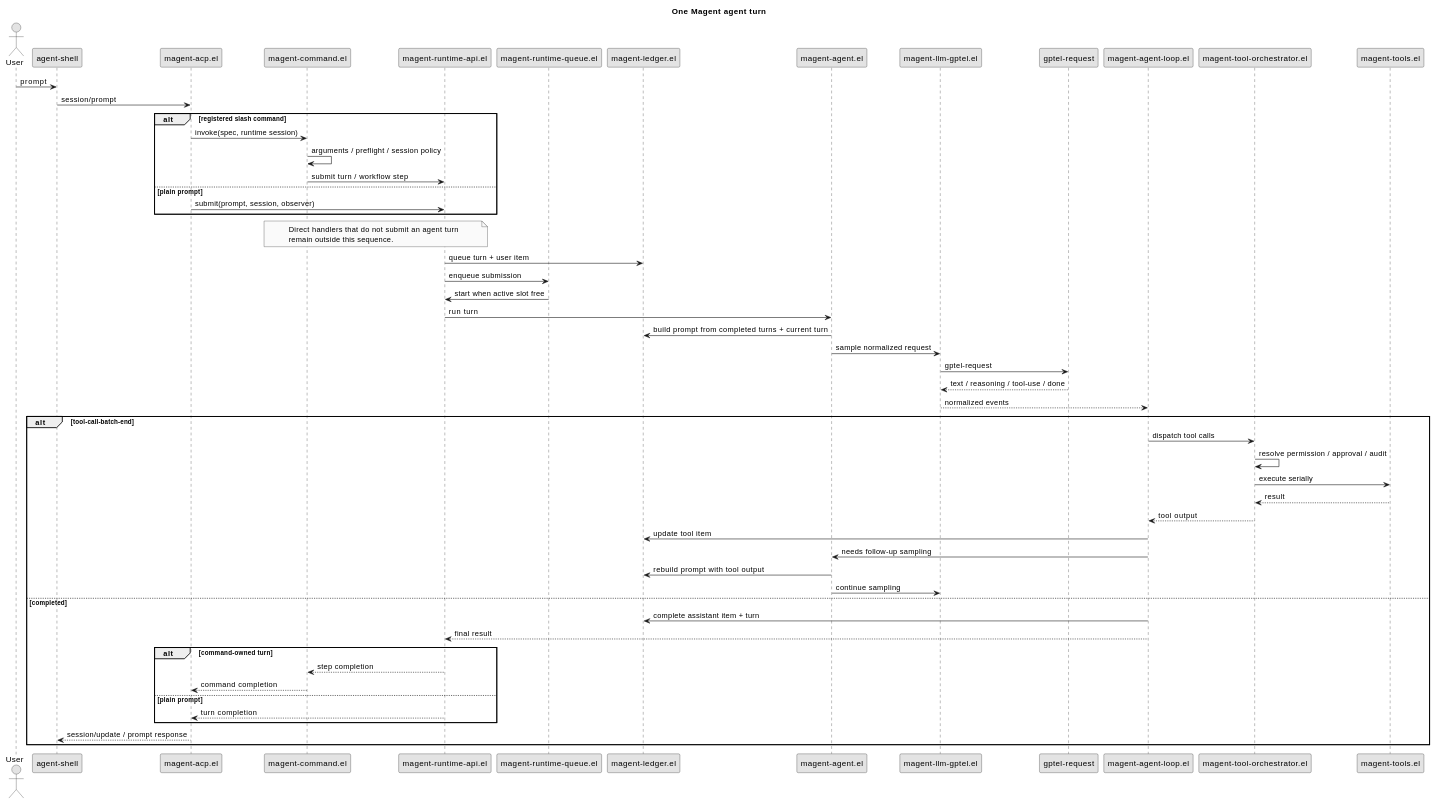
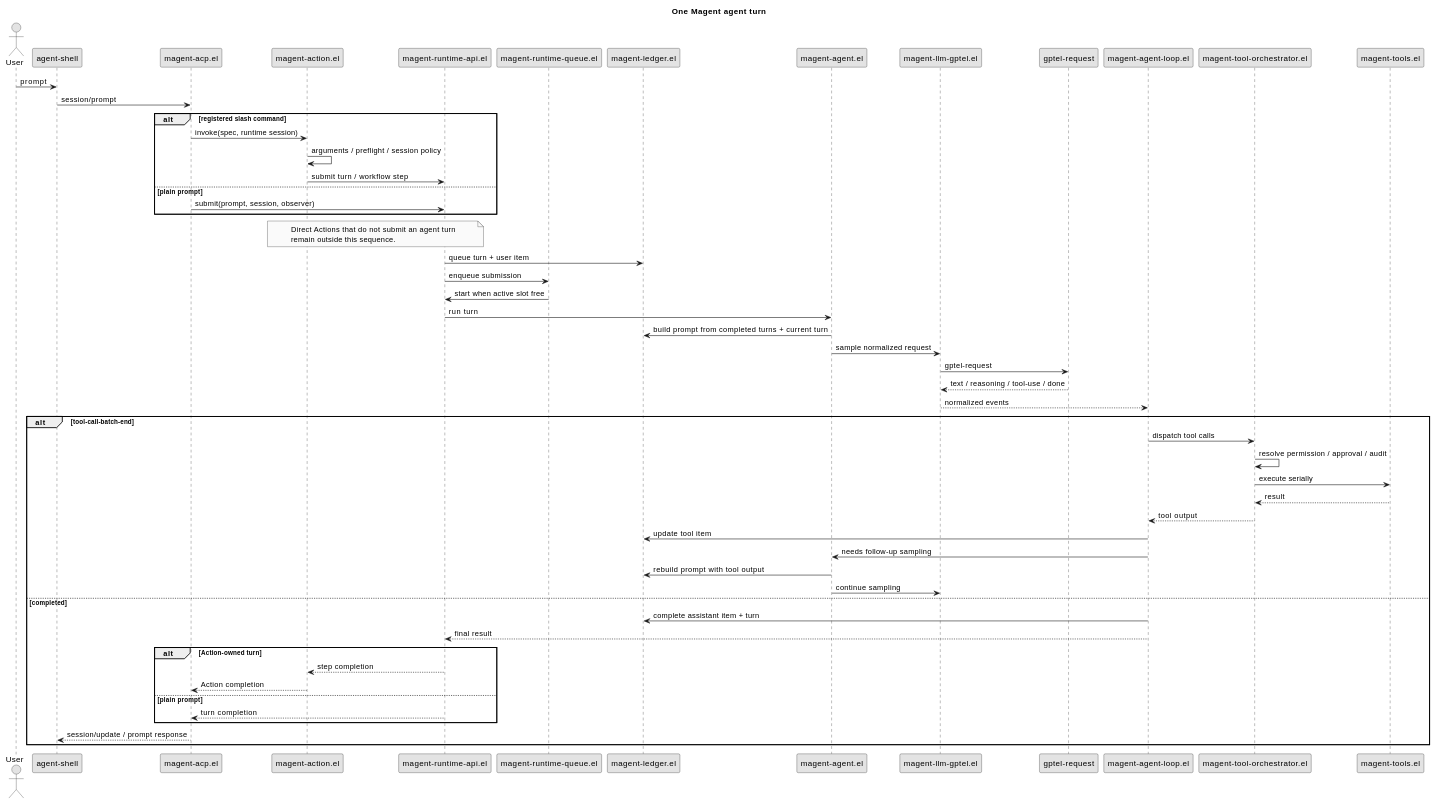
Before and after one commit to Jamie-Cui/magent: the second of 3 diagrams in docs/_diagrams/magent-architecture.org, drawn with PlantUML. The commit also changed other lines of this file and 85 other files, not shown here.

```diff
--- a/docs/_diagrams/magent-architecture.org
+++ b/docs/_diagrams/magent-architecture.org
@@ -69,66 +69,66 @@
 #+begin_src plantuml :file ../assets/img/diagrams/one-magent-turn.svg :exports results :results file
 @startuml
 title One Magent agent turn
 skinparam monochrome true
 skinparam shadowing false
 
 actor User
 participant "agent-shell" as UI
 participant "magent-acp.el" as ACP
-participant "magent-command.el" as Command
+participant "magent-action.el" as Action
 participant "magent-runtime-api.el" as Runtime
 participant "magent-runtime-queue.el" as Queue
 participant "magent-ledger.el" as Ledger
 participant "magent-agent.el" as Agent
 participant "magent-llm-gptel.el" as Adapter
 participant "gptel-request" as Gptel
 participant "magent-agent-loop.el" as Loop
 participant "magent-tool-orchestrator.el" as Orchestrator
 participant "magent-tools.el" as Tools
 
 User -> UI : prompt
 UI -> ACP : session/prompt
 alt registered slash command
-  ACP -> Command : invoke(spec, runtime session)
-  Command -> Command : arguments / preflight / session policy
-  Command -> Runtime : submit turn / workflow step
+  ACP -> Action : invoke(spec, runtime session)
+  Action -> Action : arguments / preflight / session policy
+  Action -> Runtime : submit turn / workflow step
 else plain prompt
   ACP -> Runtime : submit(prompt, session, observer)
 end
-note over Command,Runtime
-  Direct handlers that do not submit an agent turn
+note over Action,Runtime
+  Direct Actions that do not submit an agent turn
   remain outside this sequence.
 end note
 Runtime -> Ledger : queue turn + user item
 Runtime -> Queue : enqueue submission
 Queue -> Runtime : start when active slot free
 Runtime -> Agent : run turn
 Agent -> Ledger : build prompt from completed turns + current turn
 Agent -> Adapter : sample normalized request
 Adapter -> Gptel : gptel-request
 Gptel --> Adapter : text / reasoning / tool-use / done
 Adapter --> Loop : normalized events
 
 alt tool-call-batch-end
   Loop -> Orchestrator : dispatch tool calls
   Orchestrator -> Orchestrator : resolve permission / approval / audit
   Orchestrator -> Tools : execute serially
   Tools --> Orchestrator : result
   Orchestrator --> Loop : tool output
   Loop -> Ledger : update tool item
   Loop -> Agent : needs follow-up sampling
   Agent -> Ledger : rebuild prompt with tool output
   Agent -> Adapter : continue sampling
 else completed
   Loop -> Ledger : complete assistant item + turn
   Loop --> Runtime : final result
-  alt command-owned turn
-    Runtime --> Command : step completion
-    Command --> ACP : command completion
+  alt Action-owned turn
+    Runtime --> Action : step completion
+    Action --> ACP : Action completion
   else plain prompt
     Runtime --> ACP : turn completion
   end
   ACP --> UI : session/update / prompt response
 end
 @enduml
 #+end_src
```
